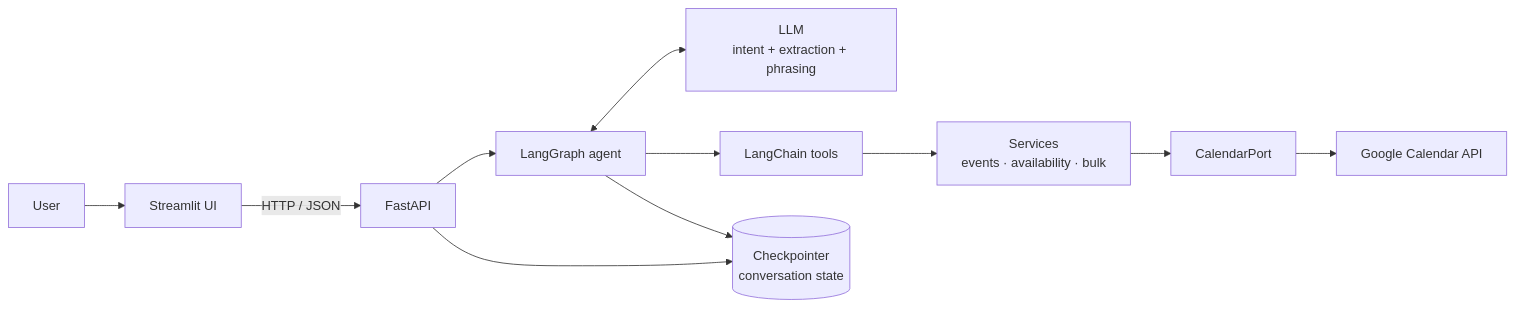
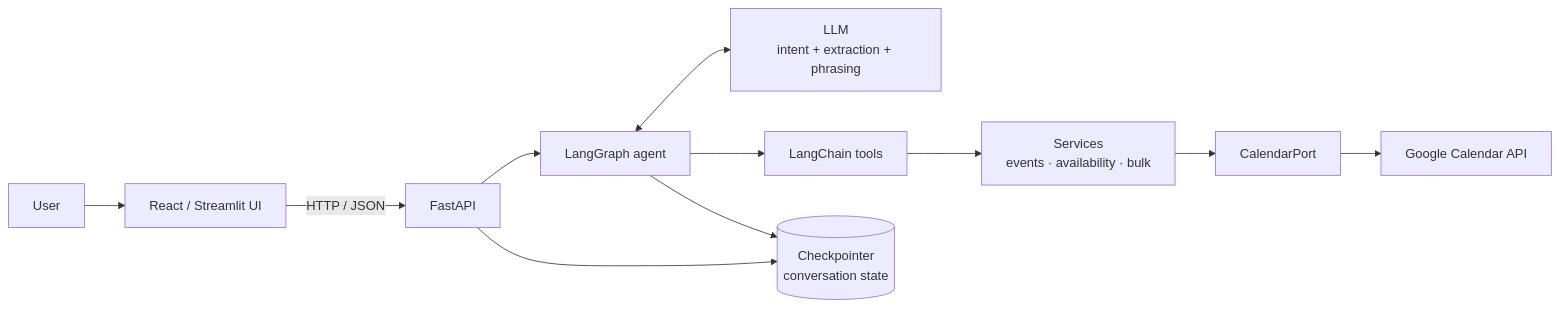
One commit to Srishanth0902/Task-Pilot changed the first of 5 diagrams in docs/ARCHITECTURE.md. Above: the diagram before and after it, drawn with Mermaid. The commit also changed other lines of this file and 4 other files, not shown here.

````diff
--- a/docs/ARCHITECTURE.md
+++ b/docs/ARCHITECTURE.md
@@ -62,13 +62,13 @@
 ```mermaid
 flowchart LR
-    U["User"] --> UI["Streamlit UI"]
+    U["User"] --> UI["React / Streamlit UI"]
     UI -->|"HTTP / JSON"| API["FastAPI"]
     API --> GRAPH["LangGraph agent"]
     GRAPH <--> LLM["LLM<br/>intent + extraction + phrasing"]
     GRAPH --> TOOLS["LangChain tools"]
     TOOLS --> SVC["Services<br/>events · availability · bulk"]
     SVC --> PORT["CalendarPort"]
     PORT --> GOOG["Google Calendar API"]
     API --> CKPT[("Checkpointer<br/>conversation state")]
     GRAPH --> CKPT
 ```
````
